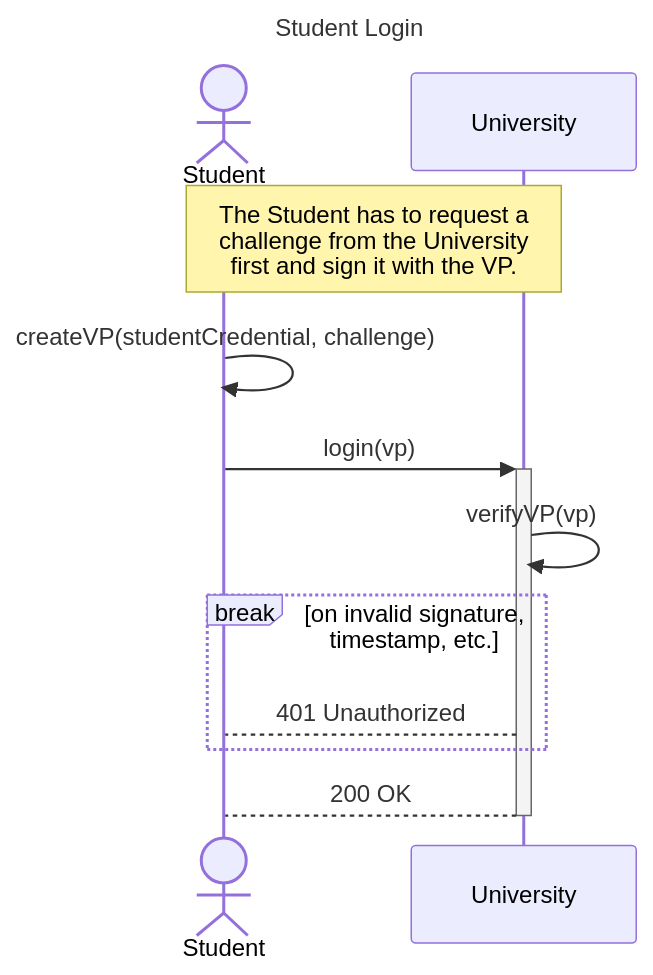
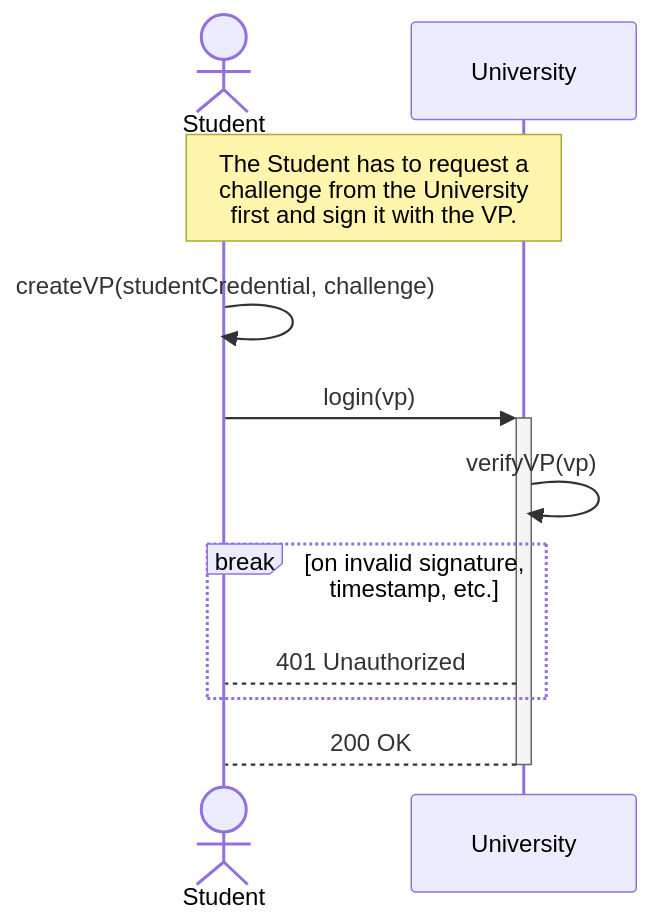
Before and after one commit to kkmarv/IOTA-Digital-Student-ID: the second of 2 diagrams in university/README.md, drawn with Mermaid. The commit also changed 2 other files, not shown here.

Commit message:
remove mermaid header for version compatibility

````diff
--- a/university/README.md
+++ b/university/README.md
@@ -69,17 +69,17 @@
 ```mermaid
----
-title: Student Login
----
+%%---
+%%title: Student Login
+%%---
 sequenceDiagram
     actor S as Student
     participant U as University
 
     Note over S, U: The Student has to request a <br> challenge from the University <br> first and sign it with the VP.
     S->>S: createVP(studentCredential, challenge)
     S->>+U: login(vp)
     U->>U: verifyVP(vp)
     break on invalid signature, timestamp, etc.
         U-->S: 401 Unauthorized
     end
     U-->-S: 200 OK
 ```
````
